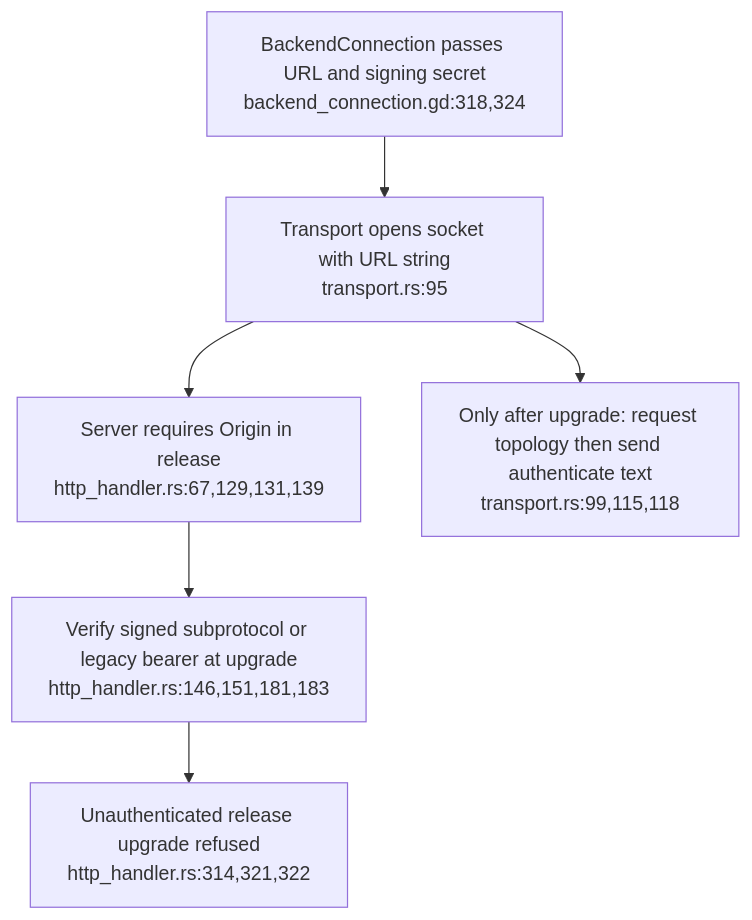
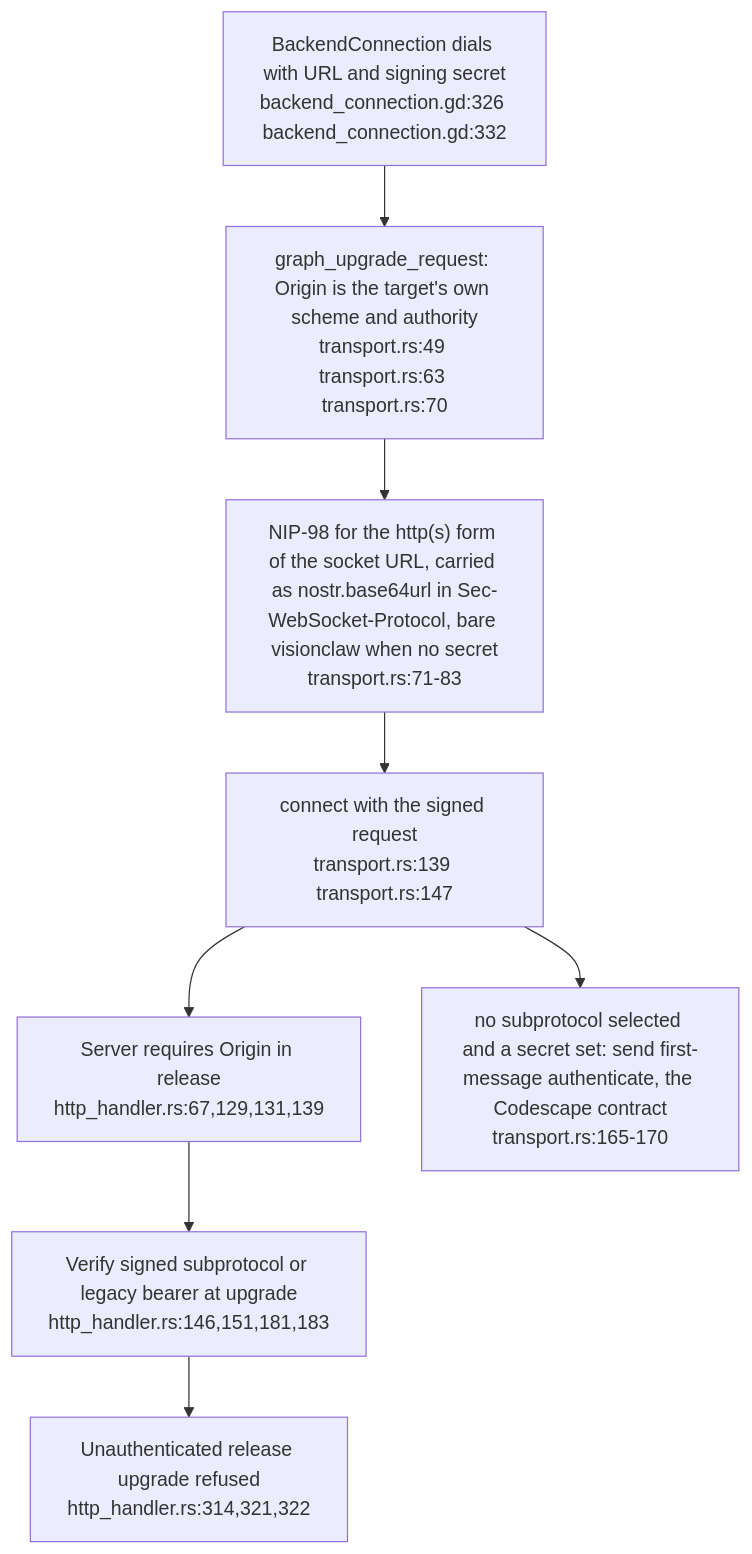
Before and after one commit to DreamLab-AI/VisionFlow: the first of 3 diagrams in docs/diagrams/visionclaw/48-dataspace-federation-prerequisites.md, drawn with Mermaid. The commit also changed other lines of this file and 56 other files, not shown here.

First line of the commit message:
docs(diagrams): re-verify VisionClaw topics at ec785afa9, add VC-19/56/57 and the VisionClaw register

````diff
--- a/docs/diagrams/visionclaw/48-dataspace-federation-prerequisites.md
+++ b/docs/diagrams/visionclaw/48-dataspace-federation-prerequisites.md
@@ -31,8 +33,10 @@
 ```mermaid
 flowchart TD
-    DIAL["BackendConnection passes URL and signing secret<br/>backend_connection.gd:318,324"] --> URL["Transport opens socket with URL string<br/>transport.rs:95"]
-    URL --> ORIGIN["Server requires Origin in release<br/>http_handler.rs:67,129,131,139"]
+    DIAL["BackendConnection dials with URL and signing secret<br/>backend_connection.gd:326 backend_connection.gd:332"] --> REQ["graph_upgrade_request: Origin is the target's own scheme and authority<br/>transport.rs:49 transport.rs:63 transport.rs:70"]
+    REQ --> CAR["NIP-98 for the http(s) form of the socket URL, carried as nostr.base64url in Sec-WebSocket-Protocol, bare visionclaw when no secret<br/>transport.rs:71-83"]
+    CAR --> CONN["connect with the signed request<br/>transport.rs:139 transport.rs:147"]
+    CONN --> ORIGIN["Server requires Origin in release<br/>http_handler.rs:67,129,131,139"]
     ORIGIN --> AUTH["Verify signed subprotocol or legacy bearer at upgrade<br/>http_handler.rs:146,151,181,183"]
     AUTH --> DENY["Unauthenticated release upgrade refused<br/>http_handler.rs:314,321,322"]
-    URL --> AFTER["Only after upgrade: request topology then send authenticate text<br/>transport.rs:99,115,118"]
+    CONN --> FB["no subprotocol selected and a secret set: send first-message authenticate, the Codescape contract<br/>transport.rs:165-170"]
 ```
````
